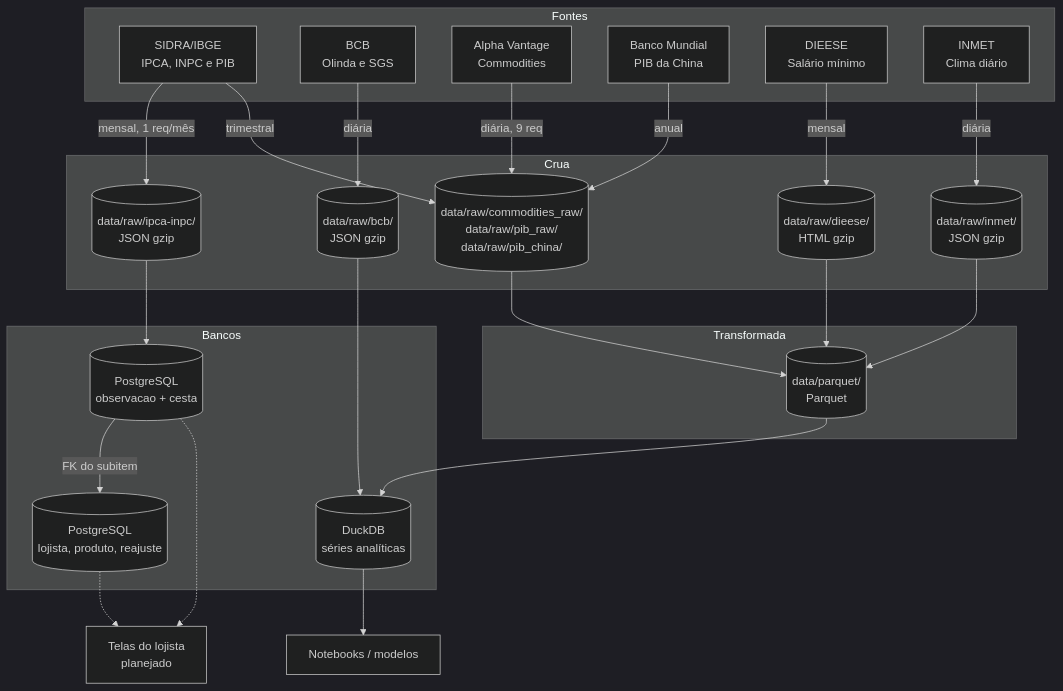
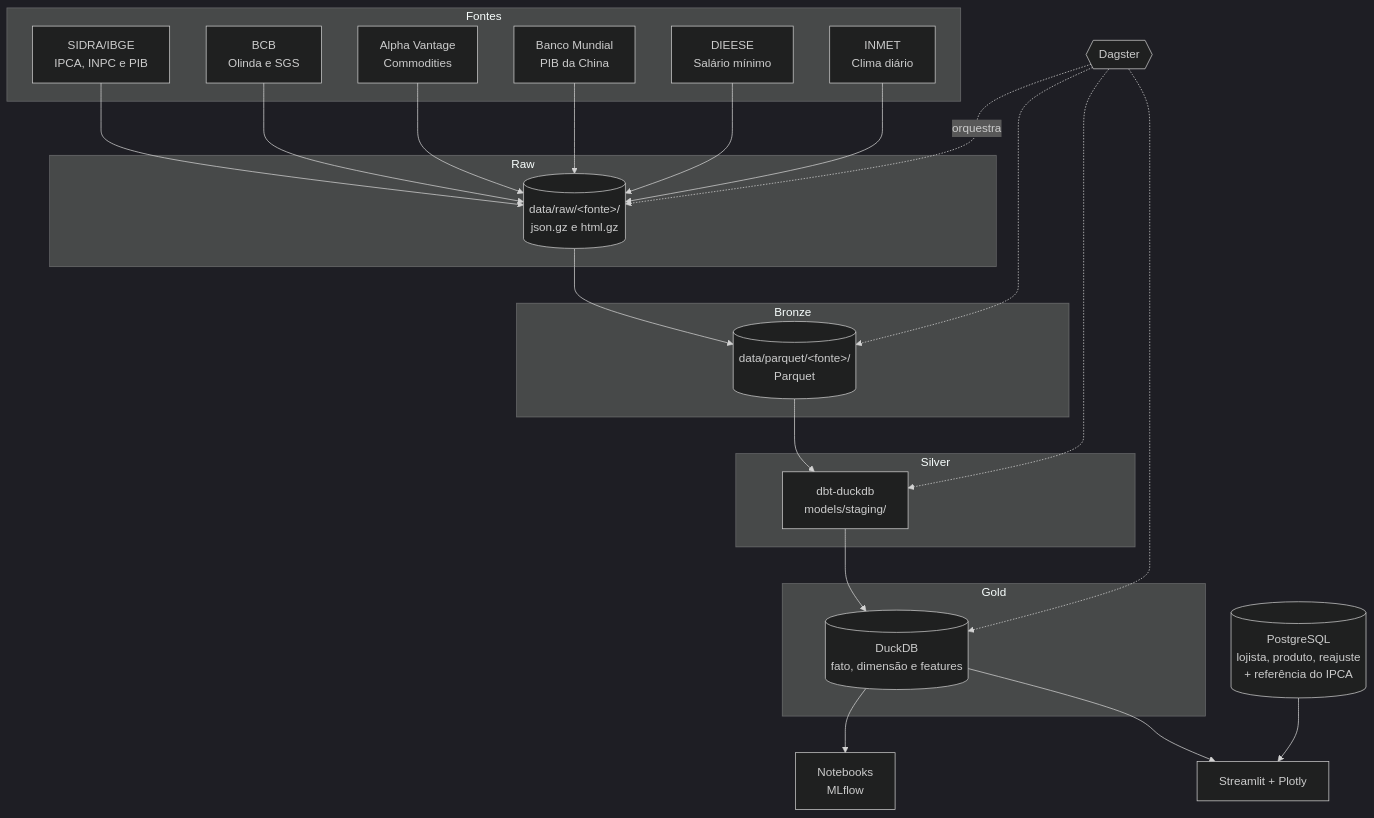
One commit to Bappoz/inflatrack changed the diagram in docs/arquitetura/fluxoDados.md. Above: the diagram before and after it, drawn with Mermaid (dark theme). The commit also changed other lines of this file and 8 other files, not shown here.

````diff
--- a/docs/arquitetura/fluxoDados.md
+++ b/docs/arquitetura/fluxoDados.md
@@ -5,38 +5,31 @@
 ```mermaid
 flowchart TB
     subgraph Fontes
         S[SIDRA/IBGE<br/>IPCA, INPC e PIB]
         BCB[BCB<br/>Olinda e SGS]
         AV[Alpha Vantage<br/>Commodities]
         WB[Banco Mundial<br/>PIB da China]
         DI[DIEESE<br/>Salário mínimo]
         IN[INMET<br/>Clima diário]
     end
-    subgraph Crua
-        R1[(data/raw/ipca-inpc/<br/>JSON gzip)]
-        R2[(data/raw/commodities_raw/<br/>data/raw/pib_raw/<br/>data/raw/pib_china/)]
-        R3[(data/raw/bcb/<br/>JSON gzip)]
-        R4[(data/raw/dieese/<br/>HTML gzip)]
-        R5[(data/raw/inmet/<br/>JSON gzip)]
+    subgraph Raw
+        R[(data/raw/&lt;fonte&gt;/<br/>json.gz e html.gz)]
     end
-    subgraph Transformada
-        PQ[(data/parquet/<br/>Parquet)]
+    subgraph Bronze
+        B[(data/parquet/&lt;fonte&gt;/<br/>Parquet)]
     end
-    subgraph Bancos
-        PG[(PostgreSQL<br/>observacao + cesta)]
-        TX[(PostgreSQL<br/>lojista, produto, reajuste)]
-        DK[(DuckDB<br/>séries analíticas)]
+    subgraph Silver
+        SV[dbt-duckdb<br/>models/staging/]
     end
-    S -->|mensal, 1 req/mês| R1 --> PG
-    S -->|trimestral| R2
-    BCB -->|diária| R3 --> DK
-    AV -->|diária, 9 req| R2
-    WB -->|anual| R2
-    DI -->|mensal| R4 --> PQ
-    IN -->|diária| R5 --> PQ
-    R2 --> PQ --> DK
-    PG -->|FK do subitem| TX
-    PG -.-> V[Telas do lojista<br/>planejado]
-    TX -.-> V
-    DK --> ML[Notebooks / modelos]
+    subgraph Gold
+        G[(DuckDB<br/>fato, dimensão e features)]
+    end
+    S & BCB & AV & WB & DI & IN --> R --> B --> SV --> G
+    G --> NB[Notebooks<br/>MLflow]
+    G --> ST[Streamlit + Plotly]
+    PG[(PostgreSQL<br/>lojista, produto, reajuste<br/>+ referência do IPCA)] --> ST
+    DG{{Dagster}} -.orquestra.-> R
+    DG -.-> B
+    DG -.-> SV
+    DG -.-> G
 ```
````
